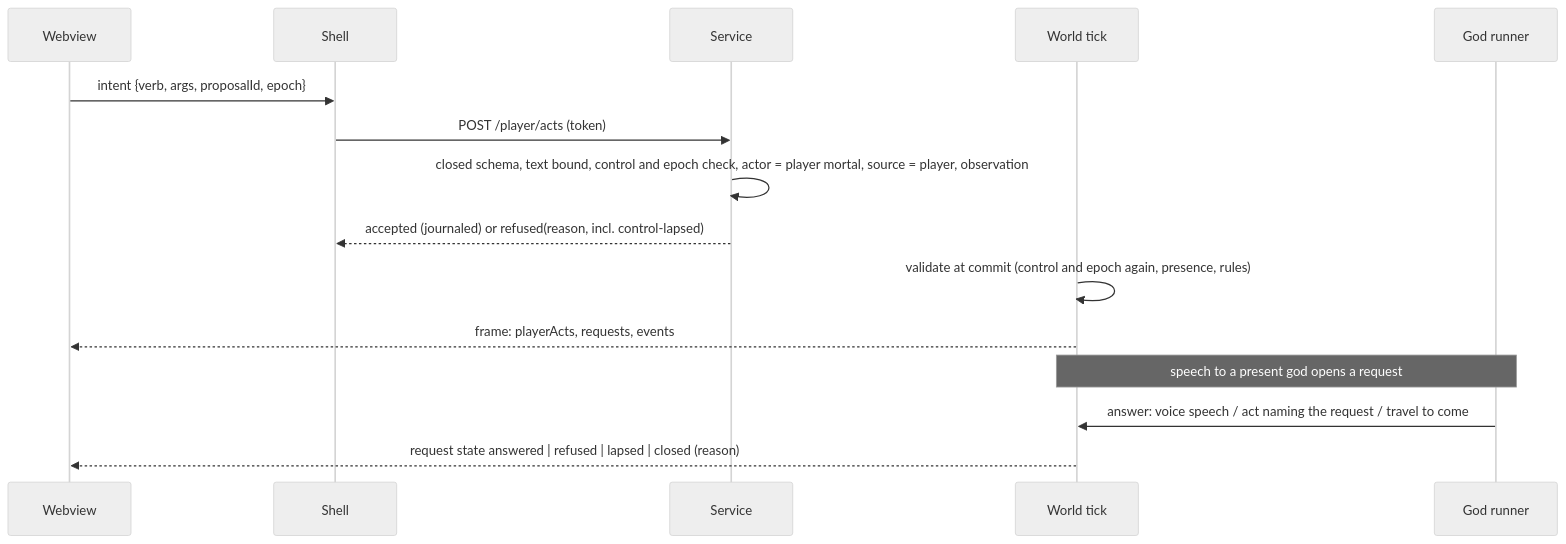
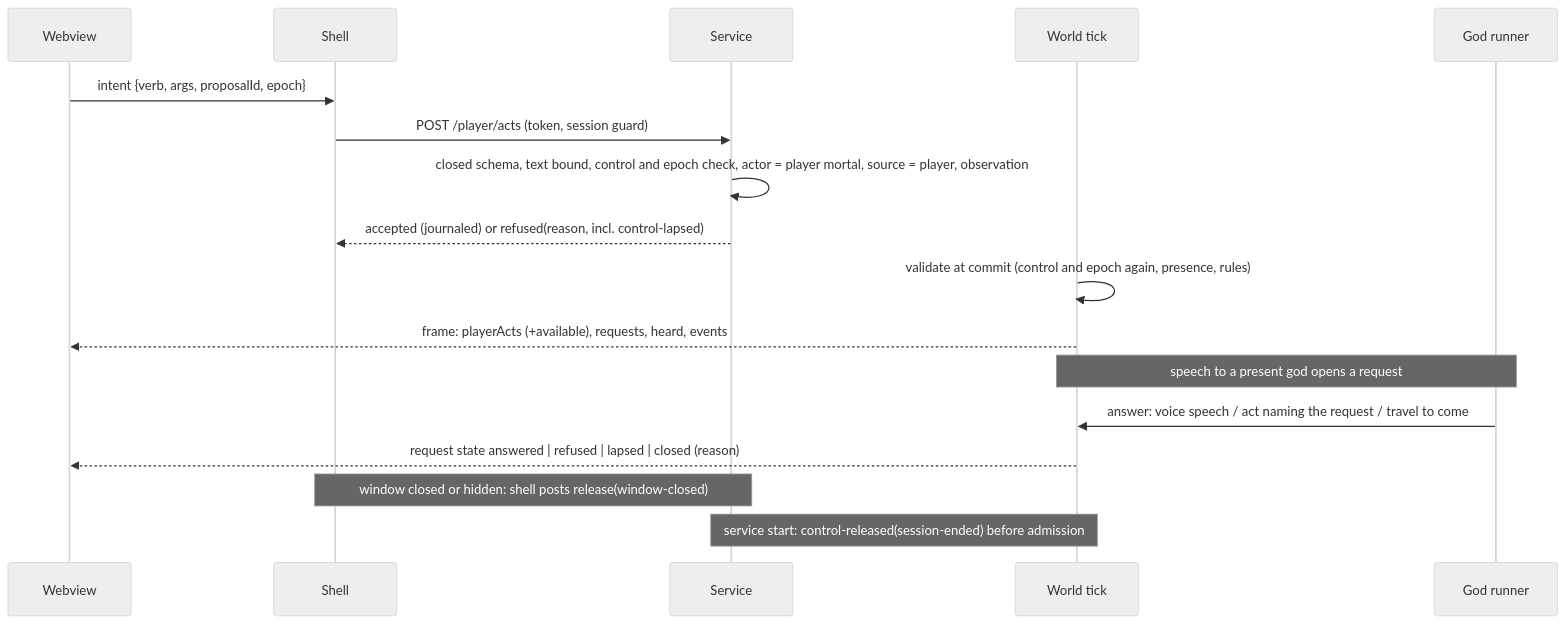
Before and after one commit to marcusrbrown/panthea: the first of 2 diagrams in docs/plans/2026-10-10-001-feat-m3-mortal-in-town-plan.md, drawn with Mermaid (neutral theme). The commit also changed other lines of this file and 2 other files, not shown here.

````diff
--- a/docs/plans/2026-10-10-001-feat-m3-mortal-in-town-plan.md
+++ b/docs/plans/2026-10-10-001-feat-m3-mortal-in-town-plan.md
@@ -267,17 +354,19 @@
 ```mermaid
 sequenceDiagram
   participant W as Webview
   participant S as Shell
   participant Svc as Service
   participant World as World tick
   participant G as God runner
   W->>S: intent {verb, args, proposalId, epoch}
-  S->>Svc: POST /player/acts (token)
+  S->>Svc: POST /player/acts (token, session guard)
   Svc->>Svc: closed schema, text bound, control and epoch check, actor = player mortal, source = player, observation
   Svc-->>S: accepted (journaled) or refused(reason, incl. control-lapsed)
   World->>World: validate at commit (control and epoch again, presence, rules)
-  World-->>W: frame: playerActs, requests, events
+  World-->>W: frame: playerActs (+available), requests, heard, events
   Note over World,G: speech to a present god opens a request
   G->>World: answer: voice speech / act naming the request / travel to come
   World-->>W: request state answered | refused | lapsed | closed (reason)
+  Note over S,Svc: window closed or hidden: shell posts release(window-closed)
+  Note over Svc,World: service start: control-released(session-ended) before admission
 ```
````
